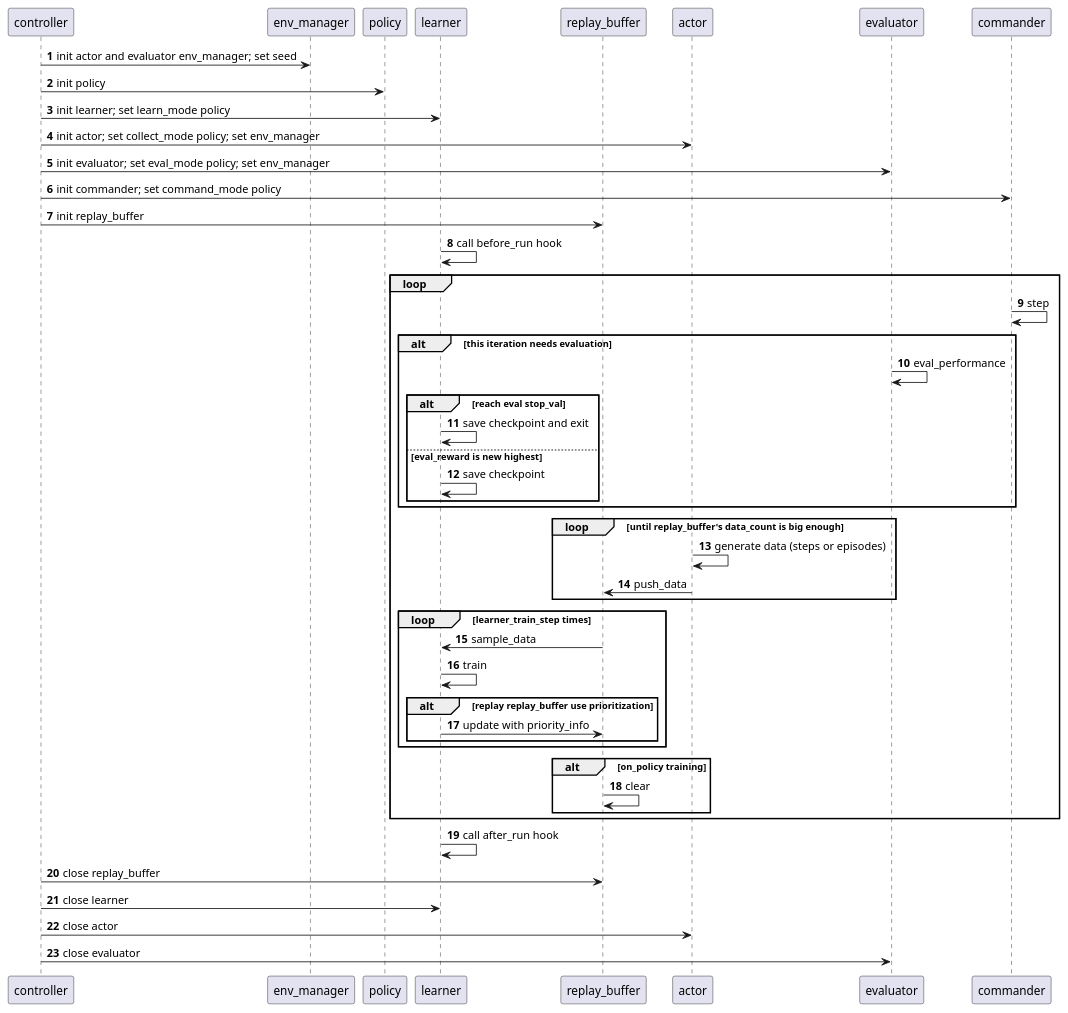
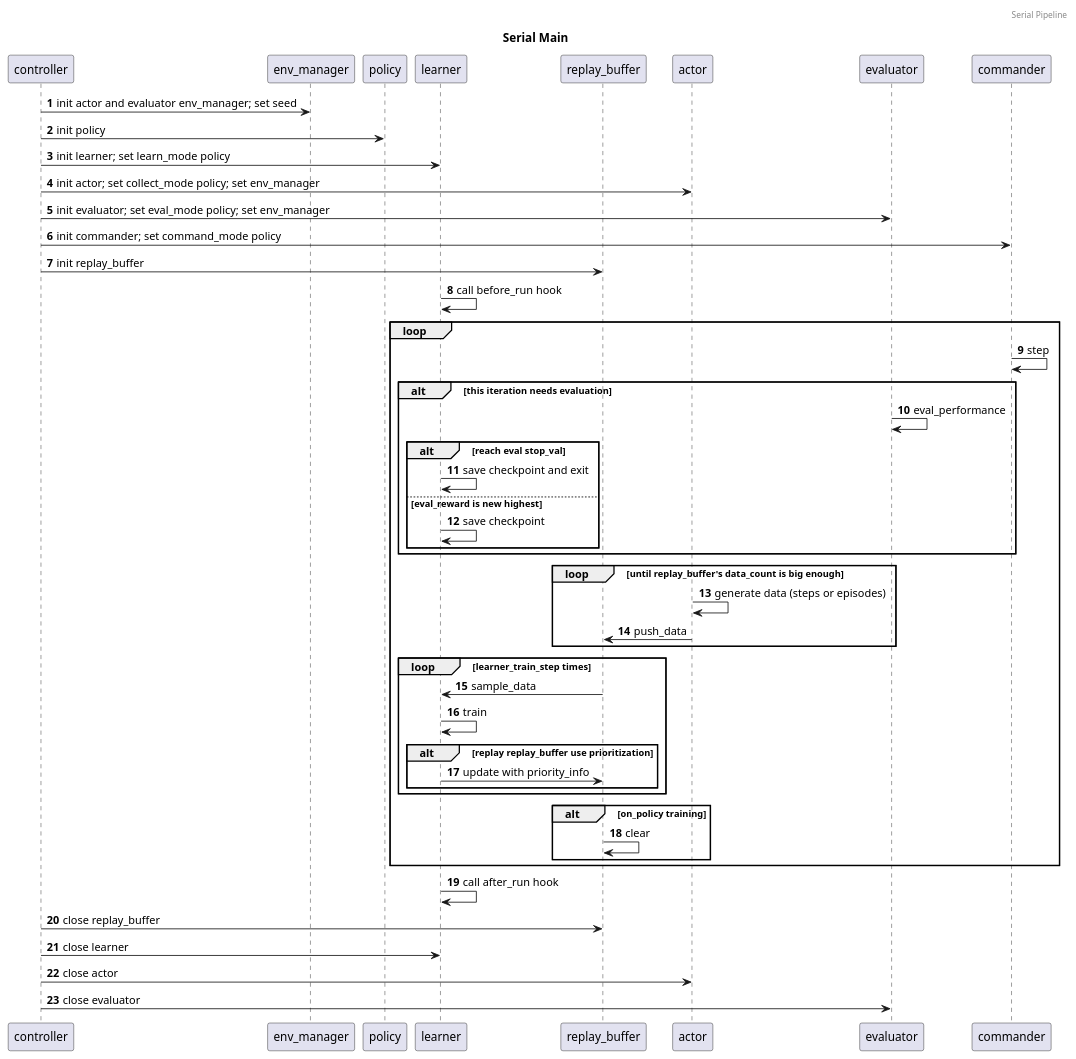
One commit to opendilab/DI-engine changed the diagram in nervex/design/serial_main.puml. Above: the diagram before and after it, drawn with PlantUML. The commit also changed 7 other files, not shown here.

Commit message:
modify serial uml

```diff
--- a/nervex/design/serial_main.puml
+++ b/nervex/design/serial_main.puml
@@ -1,50 +1,53 @@
 @startuml serial_main
+header Serial Pipeline
+title Serial Main
+
 participant controller
 participant env_manager
 participant policy
 participant learner
 participant replay_buffer
 participant actor
 participant evaluator
 participant commander
 autonumber
 
 controller -> env_manager: init actor and evaluator env_manager; set seed
 controller -> policy: init policy
 controller -> learner: init learner; set learn_mode policy
 controller -> actor: init actor; set collect_mode policy; set env_manager
 controller -> evaluator: init evaluator; set eval_mode policy; set env_manager
 controller -> commander: init commander; set command_mode policy
 controller -> replay_buffer: init replay_buffer
 learner -> learner: call before_run hook
 loop
   commander -> commander: step
   alt this iteration needs evaluation
     evaluator -> evaluator: eval_performance
     alt reach eval stop_val
       learner -> learner: save checkpoint and exit
     else eval_reward is new highest
       learner -> learner: save checkpoint
     end
   end
   loop until replay_buffer's data_count is big enough
     actor -> actor: generate data (steps or episodes)
     actor -> replay_buffer: push_data
   end
   loop learner_train_step times
     replay_buffer -> learner: sample_data
     learner -> learner: train
     alt replay replay_buffer use prioritization
       learner -> replay_buffer: update with priority_info
     end
   end
   alt on_policy training
     replay_buffer -> replay_buffer: clear
   end
 end
 learner -> learner: call after_run hook
 controller -> replay_buffer: close replay_buffer
 controller -> learner: close learner
 controller -> actor: close actor
 controller -> evaluator: close evaluator
 @enduml
```
